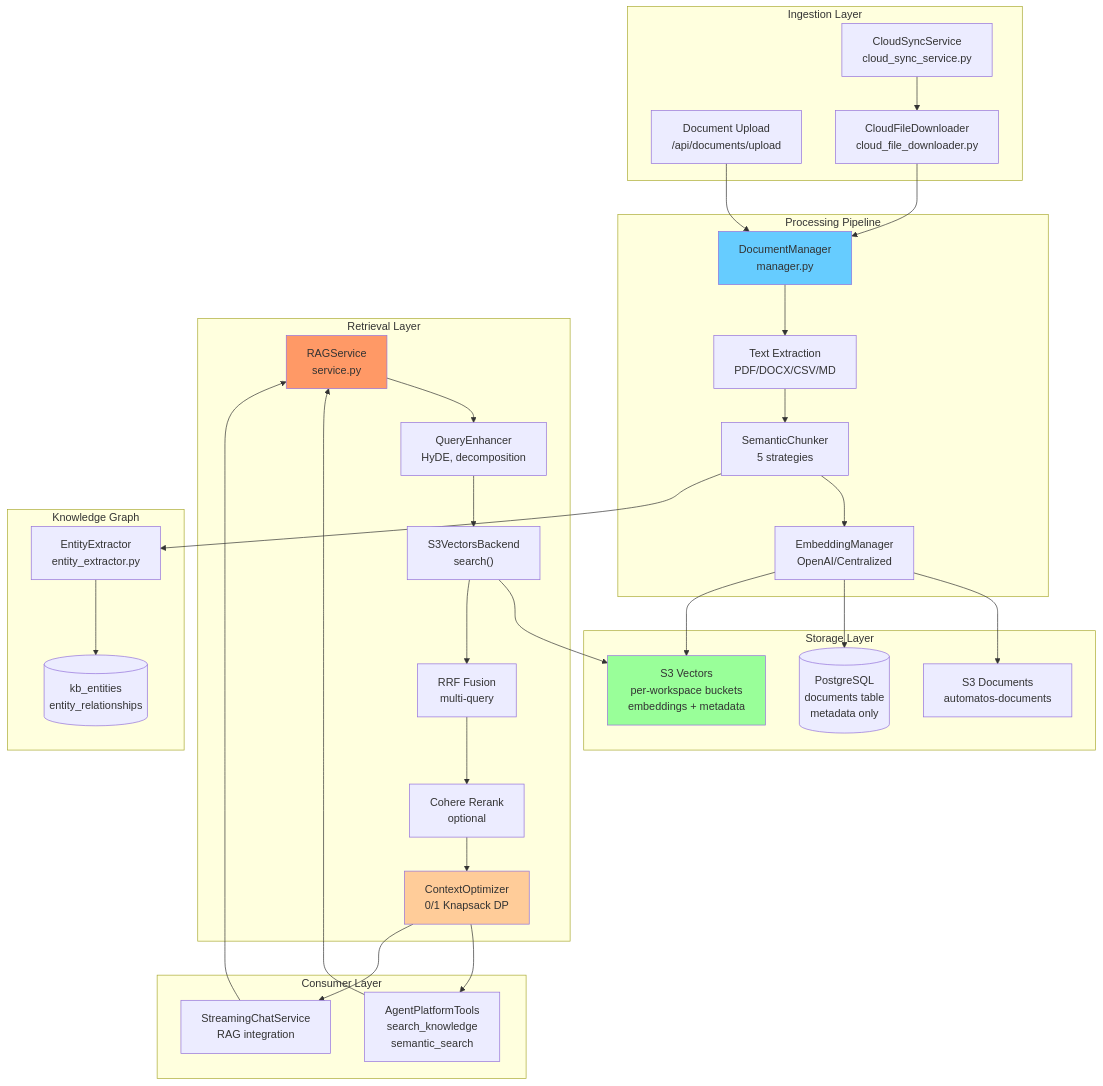
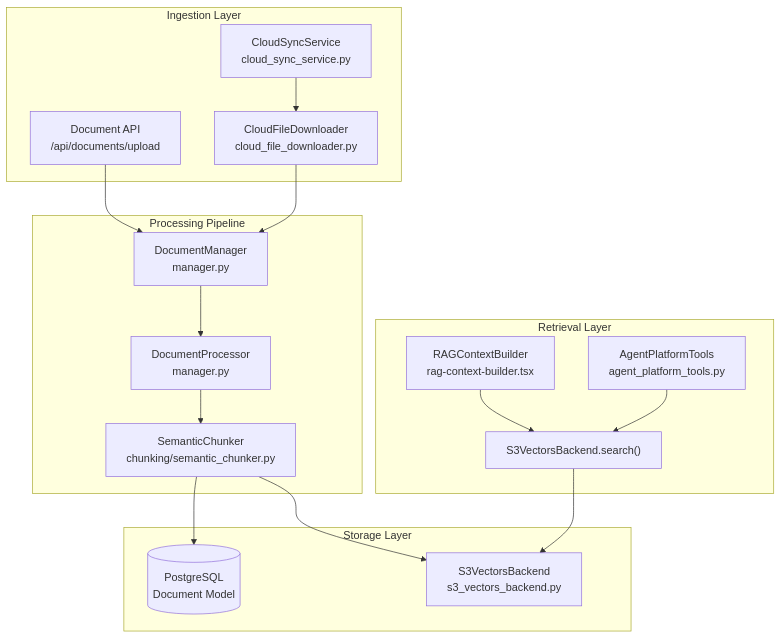
One commit to AutomatosAI/automatos-ai changed the first of 2 diagrams in docs/knowledge-base-rag/_index.md. Above: the diagram before and after it, drawn with Mermaid. The commit also changed other lines of this file and 149 other files, not shown here.

Commit message:
docs: refresh documentation with graphify semantic scan

````diff
--- a/docs/knowledge-base-rag/_index.md
+++ b/docs/knowledge-base-rag/_index.md
@@ -35,73 +43,39 @@
 ```mermaid
 graph TB
     subgraph "Ingestion Layer"
-        Upload["Document Upload<br/>/api/documents/upload"]
+        Upload["Document API<br/>/api/documents/upload"]
         CloudSync["CloudSyncService<br/>cloud_sync_service.py"]
         CloudDownloader["CloudFileDownloader<br/>cloud_file_downloader.py"]
     end
     
     subgraph "Processing Pipeline"
         DocManager["DocumentManager<br/>manager.py"]
-        TextExtractor["Text Extraction<br/>PDF/DOCX/CSV/MD"]
-        SemanticChunker["SemanticChunker<br/>5 strategies"]
-        EmbeddingMgr["EmbeddingManager<br/>OpenAI/Centralized"]
+        TextExtractor["DocumentProcessor<br/>manager.py"]
+        SemanticChunker["SemanticChunker<br/>chunking/semantic_chunker.py"]
     end
     
     subgraph "Storage Layer"
-        S3Docs["S3 Documents<br/>automatos-documents"]
-        PostgreSQL[("PostgreSQL<br/>documents table<br/>metadata only")]
-        S3Vectors["S3 Vectors<br/>per-workspace buckets<br/>embeddings + metadata"]
+        PostgreSQL[("PostgreSQL<br/>Document Model")]
+        S3Vectors["S3VectorsBackend<br/>s3_vectors_backend.py"]
     end
     
     subgraph "Retrieval Layer"
-        RAGService["RAGService<br/>service.py"]
-        QueryEnhancer["QueryEnhancer<br/>HyDE, decomposition"]
-        VectorSearch["S3VectorsBackend<br/>search()"]
-        RRFFusion["RRF Fusion<br/>multi-query"]
-        Reranker["Cohere Rerank<br/>optional"]
-        ContextOpt["ContextOptimizer<br/>0/1 Knapsack DP"]
-    end
-    
-    subgraph "Knowledge Graph"
-        EntityExtractor["EntityExtractor<br/>entity_extractor.py"]
-        KnowledgeGraph[("kb_entities<br/>entity_relationships")]
-    end
-    
-    subgraph "Consumer Layer"
-        AgentTools["AgentPlatformTools<br/>search_knowledge<br/>semantic_search"]
-        ChatService["StreamingChatService<br/>RAG integration"]
+        VectorSearch["S3VectorsBackend.search()"]
+        RAGContext["RAGContextBuilder<br/>rag-context-builder.tsx"]
+        PlatformTools["AgentPlatformTools<br/>agent_platform_tools.py"]
     end
     
     Upload --> DocManager
     CloudSync --> CloudDownloader
     CloudDownloader --> DocManager
     
     DocManager --> TextExtractor
     TextExtractor --> SemanticChunker
-    SemanticChunker --> EmbeddingMgr
     
-    EmbeddingMgr --> S3Docs
-    EmbeddingMgr --> PostgreSQL
-    EmbeddingMgr --> S3Vectors
+    SemanticChunker --> PostgreSQL
+    SemanticChunker --> S3Vectors
     
-    SemanticChunker --> EntityExtractor
-    EntityExtractor --> KnowledgeGraph
-    
-    AgentTools --> RAGService
-    ChatService --> RAGService
-    
-    RAGService --> QueryEnhancer
-    QueryEnhancer --> VectorSearch
     VectorSearch --> S3Vectors
-    VectorSearch --> RRFFusion
-    RRFFusion --> Reranker
-    Reranker --> ContextOpt
-    
-    ContextOpt --> AgentTools
-    ContextOpt --> ChatService
-    
-    style DocManager fill:#66ccff
-    style RAGService fill:#ff9966
-    style S3Vectors fill:#99ff99
-    style ContextOpt fill:#ffcc99
+    RAGContext --> VectorSearch
+    PlatformTools --> VectorSearch
 ```
````
